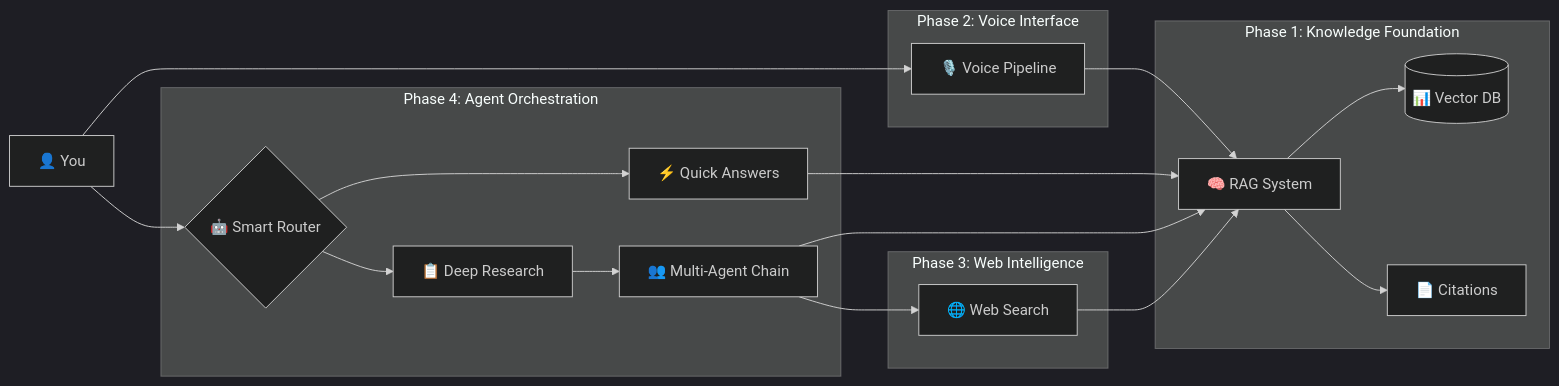
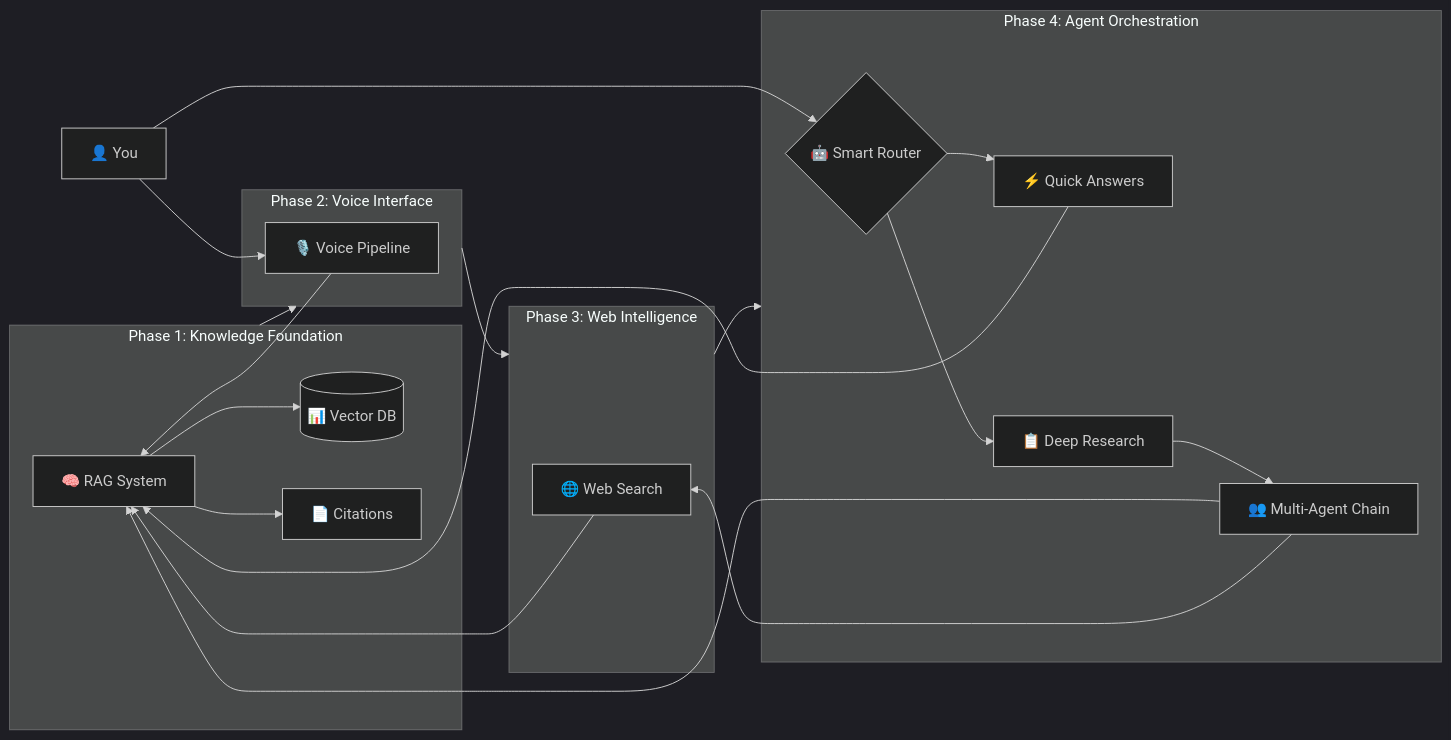
One commit to 8thlight/AI-Pocket-Projects changed the diagram in README.md. Above: the diagram before and after it, drawn with Mermaid (dark theme).

Commit message:
Fix mermaid diagram layout to show proper phase progression
- Restructure diagram to force left-to-right flow (Phase 1 → 2 → 3 → 4)
- Separate learning progression from technical connections
- Use explicit phase-to-phase arrows (P1 → P2 → P3 → P4)
- Fix confusing layout where Phase 1 and 3 appeared connected
- Ensure Phase 4 is properly connected in sequence, not isolated
- Clear visual flow now matches the logical learning progression

````diff
--- a/README.md
+++ b/README.md
@@ -149,31 +149,48 @@
 ```mermaid
 graph LR
-    subgraph "Phase 1: Knowledge Foundation"
+    %% Phase 1: Knowledge Foundation
+    subgraph P1 ["Phase 1: Knowledge Foundation"]
         RAG[🧠 RAG System]
-        RAG --> DB[(📊 Vector DB)]
-        RAG --> Cites[📄 Citations]
+        DB[(📊 Vector DB)]
+        Cites[📄 Citations]
+        RAG --> DB
+        RAG --> Cites
     end
     
-    subgraph "Phase 2: Voice Interface"
+    %% Phase 2: Voice Interface  
+    subgraph P2 ["Phase 2: Voice Interface"]
         Voice[🎙️ Voice Pipeline]
-        Voice --> RAG
     end
     
-    subgraph "Phase 3: Web Intelligence" 
+    %% Phase 3: Web Intelligence
+    subgraph P3 ["Phase 3: Web Intelligence"]
         Web[🌐 Web Search]
-        Web --> RAG
     end
     
-    subgraph "Phase 4: Agent Orchestration"
+    %% Phase 4: Agent Orchestration
+    subgraph P4 ["Phase 4: Agent Orchestration"]
         Router{🤖 Smart Router}
-        Router --> Simple[⚡ Quick Answers]
-        Router --> Research[📋 Deep Research]
-        Simple --> RAG
-        Research --> Multi[👥 Multi-Agent Chain]
-        Multi --> RAG
-        Multi --> Web
+        Simple[⚡ Quick Answers]
+        Research[📋 Deep Research]
+        Multi[👥 Multi-Agent Chain]
+        Router --> Simple
+        Router --> Research
+        Research --> Multi
     end
     
+    %% Learning progression: Phase 1 → 2 → 3 → 4
+    P1 --> P2
+    P2 --> P3
+    P3 --> P4
+    
+    %% Technical connections
+    Voice --> RAG
+    Web --> RAG
+    Simple --> RAG
+    Multi --> RAG
+    Multi --> Web
+    
+    %% User entry points
     User[👤 You] --> Voice
     User --> Router
 ```
````
